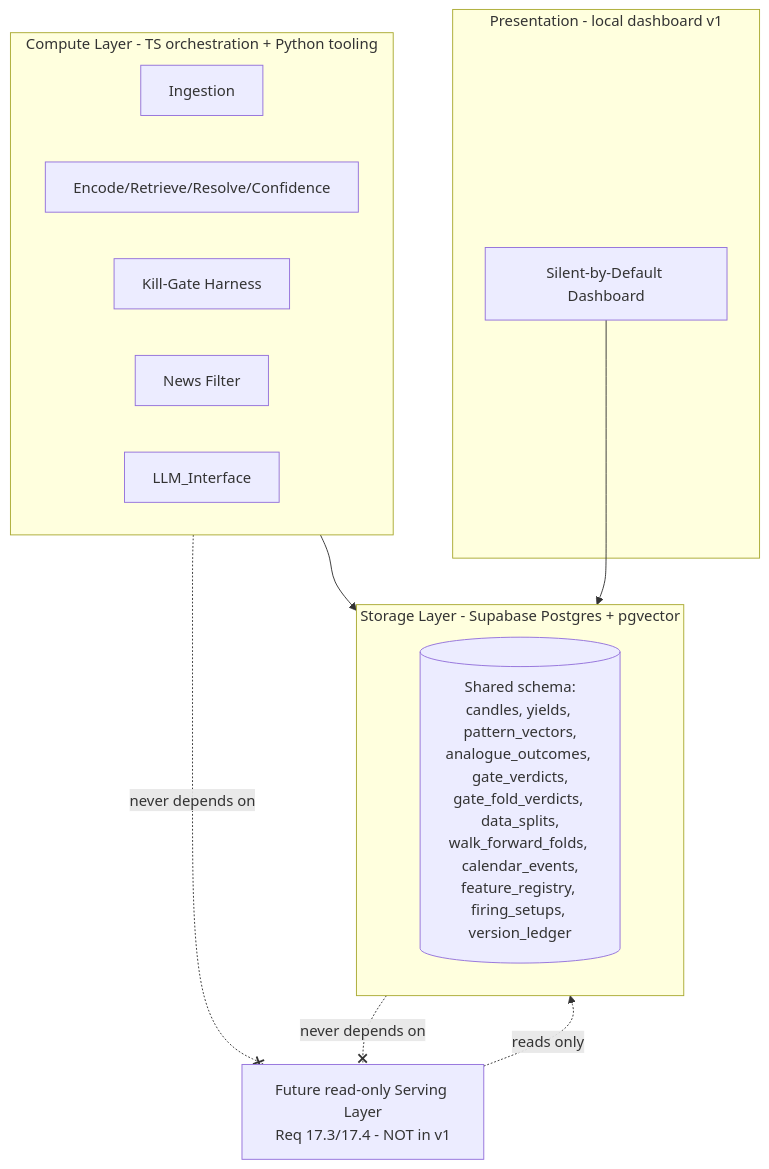
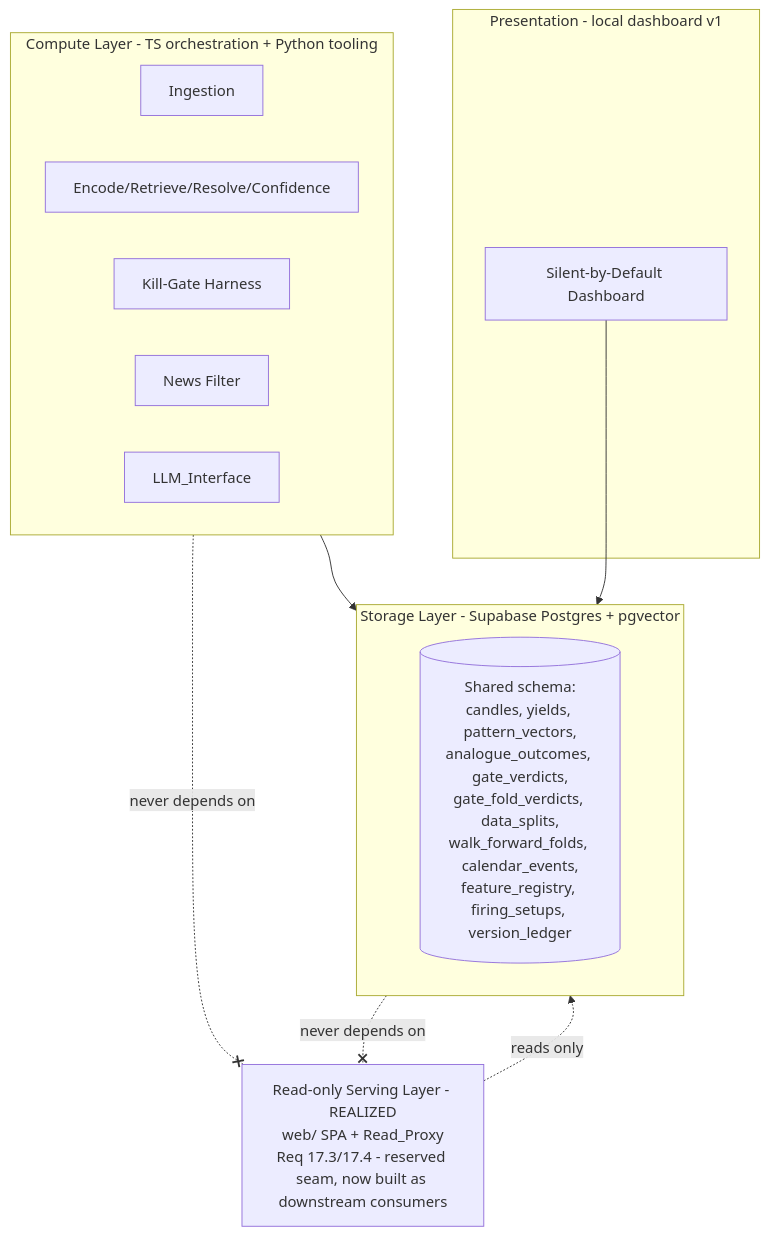
Before and after one commit to philallum/tradeassistant: the third of 3 diagrams in .kiro/specs/fx-daily-pattern-assistant/design.md, drawn with Mermaid. The commit also changed other lines of this file and 116 other files, not shown here.

````diff
--- a/.kiro/specs/fx-daily-pattern-assistant/design.md
+++ b/.kiro/specs/fx-daily-pattern-assistant/design.md
@@ -108,23 +108,23 @@
 ```mermaid
 flowchart TD
     subgraph COMPUTE[Compute Layer - TS orchestration + Python tooling]
         ING[Ingestion]
         PIPE[Encode/Retrieve/Resolve/Confidence]
         KG[Kill-Gate Harness]
         NEWS[News Filter]
         LLM[LLM_Interface]
     end
     subgraph STORAGE[Storage Layer - Supabase Postgres + pgvector]
         SCHEMA[(Shared schema:<br/>candles, yields, pattern_vectors,<br/>analogue_outcomes, gate_verdicts,<br/>gate_fold_verdicts, data_splits,<br/>walk_forward_folds, calendar_events,<br/>feature_registry, firing_setups, version_ledger)]
     end
     subgraph PRESENT[Presentation - local dashboard v1]
         DASH[Silent-by-Default Dashboard]
     end
-    RESERVED[Future read-only Serving Layer<br/>Req 17.3/17.4 - NOT in v1]
+    RESERVED[Read-only Serving Layer - REALIZED<br/>web/ SPA + Read_Proxy<br/>Req 17.3/17.4 - reserved seam, now built as downstream consumers]
 
     COMPUTE --> STORAGE
     DASH --> STORAGE
     RESERVED -. reads only .-> STORAGE
     COMPUTE -. never depends on .-x RESERVED
     STORAGE -. never depends on .-x RESERVED
 ```
````
